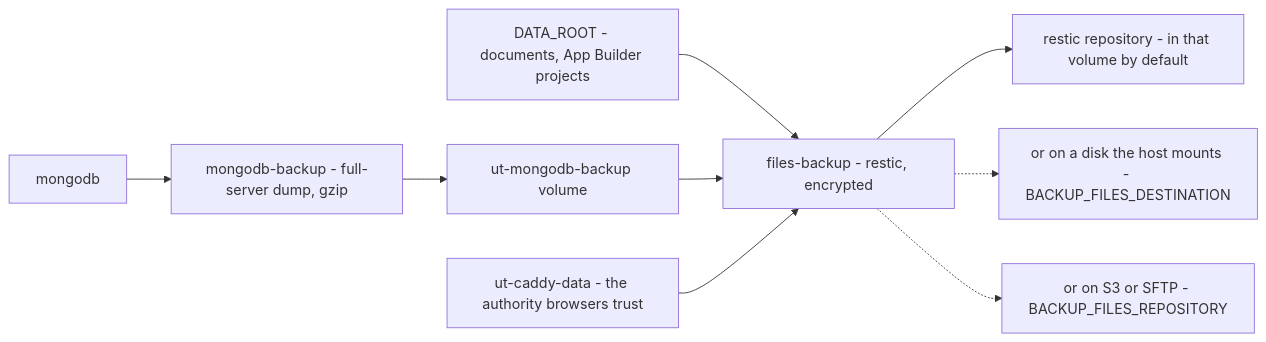
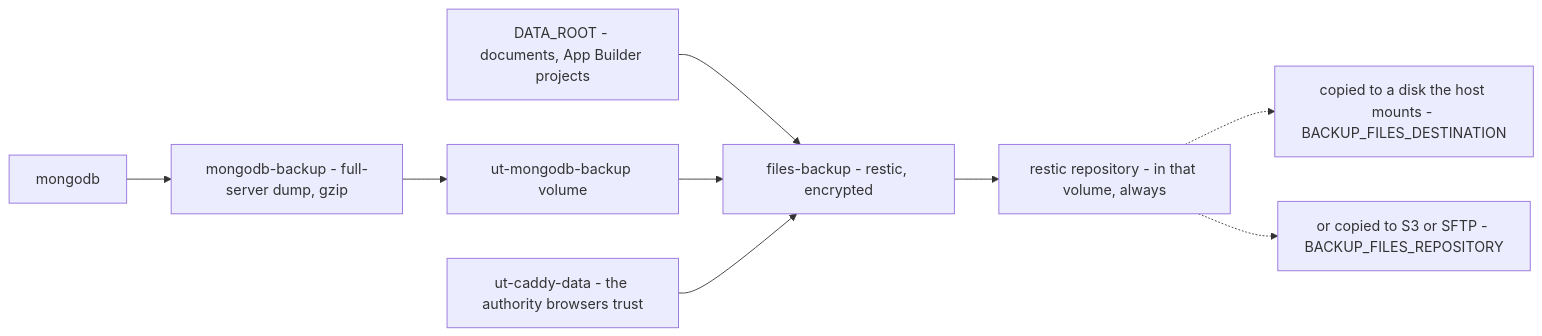
The diagram in docs/restore.md (understand-tech/ai-in-a-box), drawn with Mermaid before and after one commit. The commit also changed other lines of this file and 6 other files, not shown here.

First line of the commit message:
Test and document the destination as a copy of the local repository

````diff
--- a/docs/restore.md
+++ b/docs/restore.md
@@ -17,19 +17,19 @@
 ```mermaid
 flowchart LR
     MONGO["mongodb"]
     DBBACKUP["mongodb-backup - full-server dump, gzip"]
     DUMPS["ut-mongodb-backup volume"]
     DATAROOT["DATA_ROOT - documents, App Builder projects"]
     HTTPSCA["ut-caddy-data - the authority browsers trust"]
     FILESBACKUP["files-backup - restic, encrypted"]
-    REPO["restic repository - in that volume by default"]
-    MOUNTED["or on a disk the host mounts - BACKUP_FILES_DESTINATION"]
-    REMOTE["or on S3 or SFTP - BACKUP_FILES_REPOSITORY"]
+    REPO["restic repository - in that volume, always"]
+    MOUNTED["copied to a disk the host mounts - BACKUP_FILES_DESTINATION"]
+    REMOTE["or copied to S3 or SFTP - BACKUP_FILES_REPOSITORY"]
     MONGO --> DBBACKUP --> DUMPS
     DATAROOT --> FILESBACKUP
     DUMPS --> FILESBACKUP
     HTTPSCA --> FILESBACKUP
     FILESBACKUP --> REPO
-    FILESBACKUP -.-> MOUNTED
-    FILESBACKUP -.-> REMOTE
+    REPO -.-> MOUNTED
+    REPO -.-> REMOTE
 ```
````
